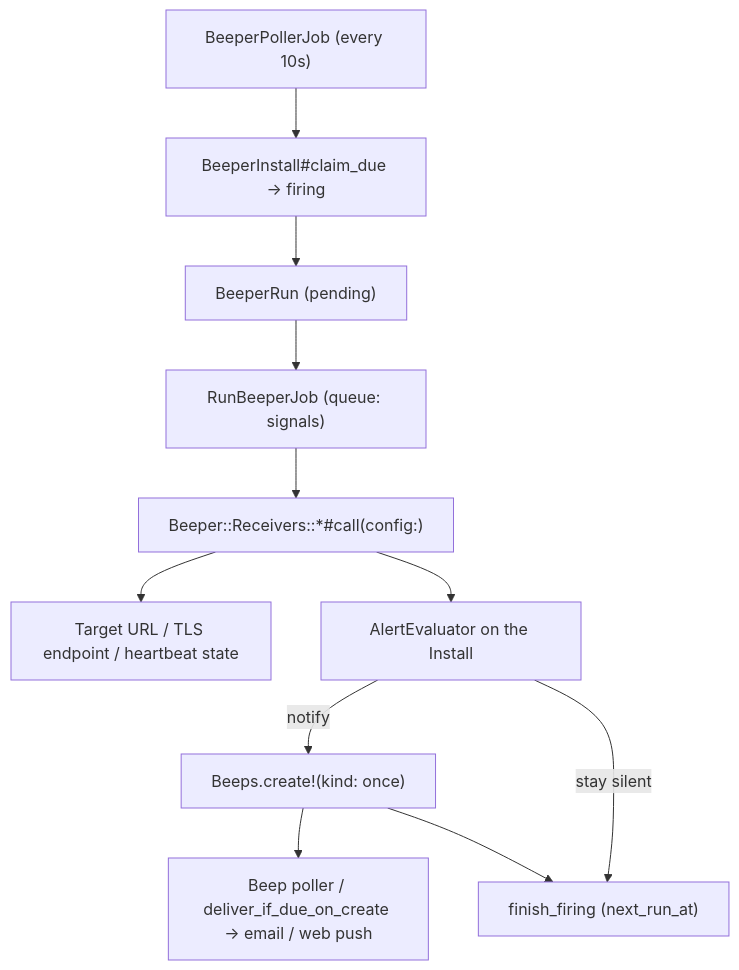
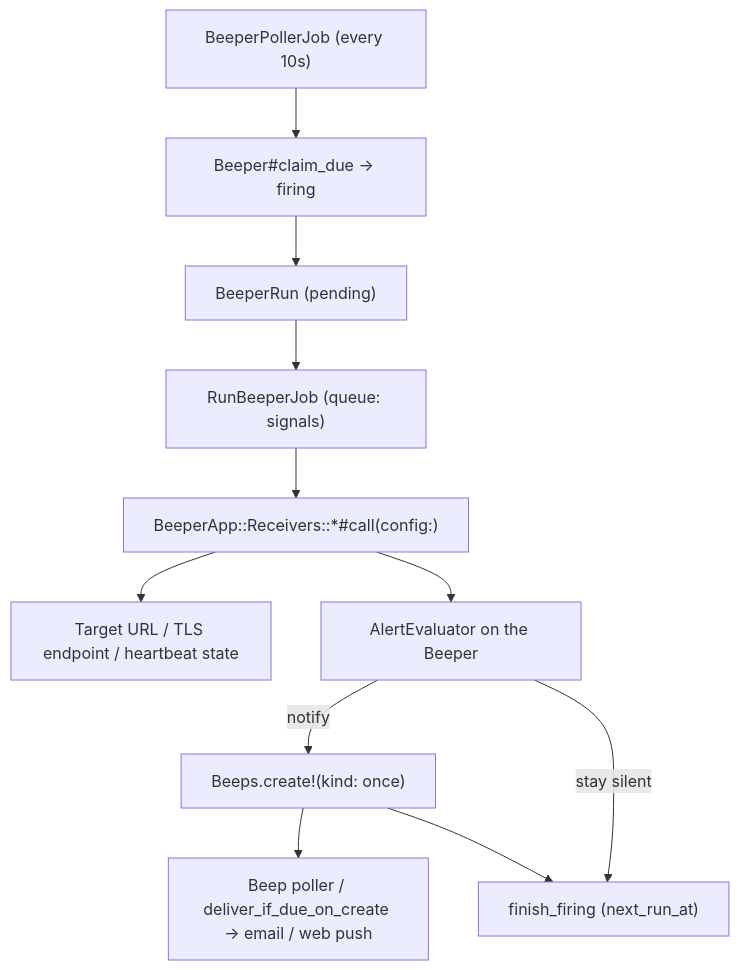
The diagram in docs/architecture/beeper-ecosystem.md (yuler/beep), drawn with Mermaid before and after one commit. The commit also changed other lines of this file and 57 other files, not shown here.

Commit message:
✨ [core] Rename Beeper to Beeper App and BeeperInstall to Beeper

````diff
--- a/docs/architecture/beeper-ecosystem.md
+++ b/docs/architecture/beeper-ecosystem.md
@@ -7,13 +7,13 @@
 ```mermaid
 flowchart TD
-  Poller["BeeperPollerJob (every 10s)"] --> Claim["BeeperInstall#claim_due → firing"]
+  Poller["BeeperPollerJob (every 10s)"] --> Claim["Beeper#claim_due → firing"]
   Claim --> Run["BeeperRun (pending)"]
   Run --> Job["RunBeeperJob (queue: signals)"]
-  Job --> Receiver["Beeper::Receivers::*#call(config:)"]
+  Job --> Receiver["BeeperApp::Receivers::*#call(config:)"]
   Receiver --> Target["Target URL / TLS endpoint / heartbeat state"]
-  Receiver --> Eval["AlertEvaluator on the Install"]
+  Receiver --> Eval["AlertEvaluator on the Beeper"]
   Eval -->|notify| Create["Beeps.create!(kind: once)"]
   Eval -->|stay silent| Finish["finish_firing (next_run_at)"]
   Create --> Deliver["Beep poller / deliver_if_due_on_create → email / web push"]
   Create --> Finish
 ```
````
